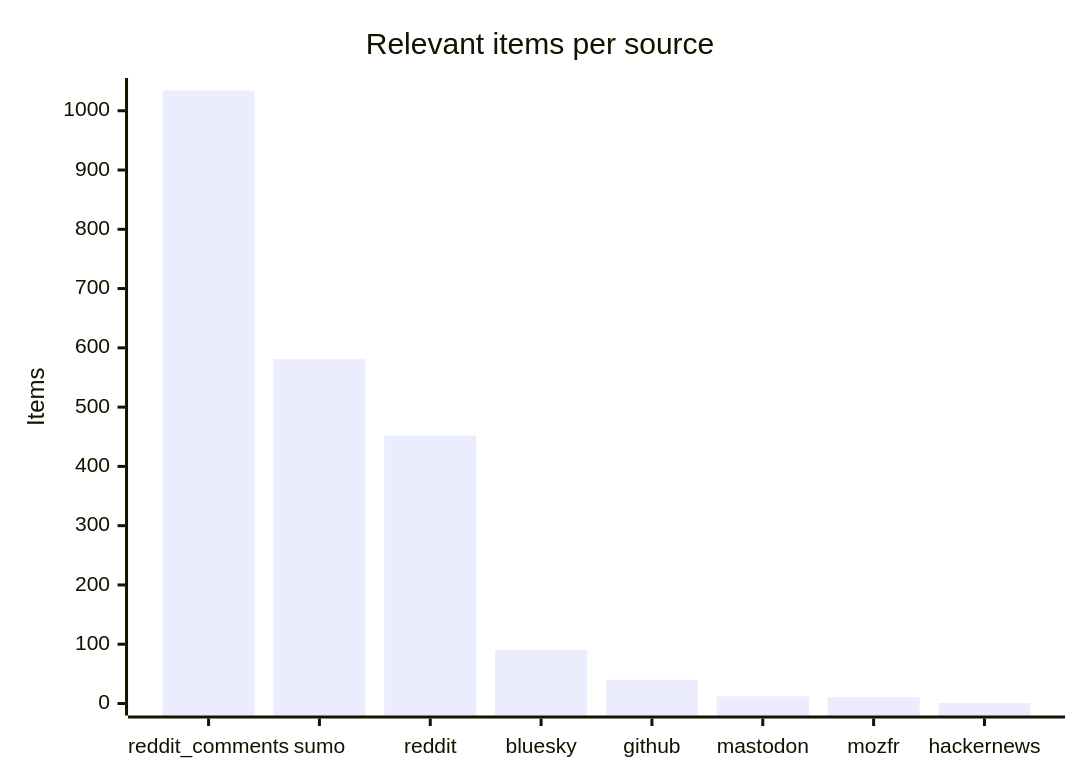
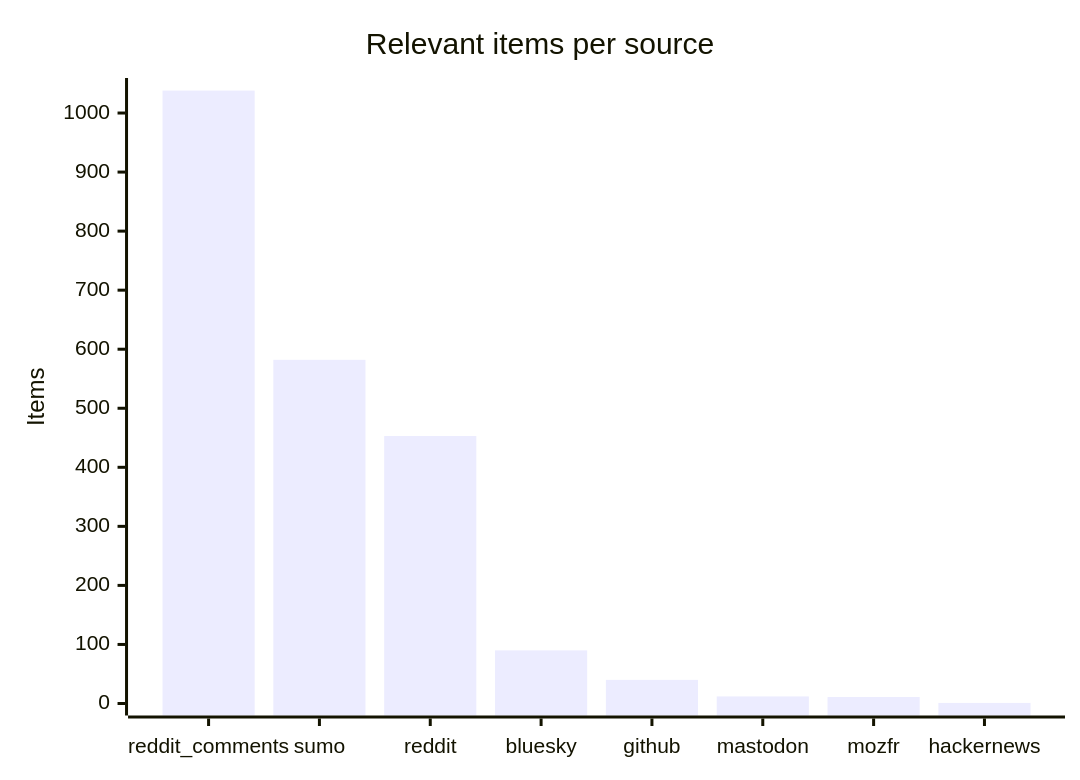
One commit to martinbalfanz/social-scanner-reports changed the third of 4 diagrams in README.md. Above: the diagram before and after it, drawn with Mermaid. The commit also changed other lines of this file and 4 other files, not shown here.

````diff
--- a/README.md
+++ b/README.md
@@ -48,7 +48,7 @@
 ```mermaid
 xychart-beta
     title "Relevant items per source"
     x-axis ["reddit_comments", "sumo", "reddit", "bluesky", "github", "mastodon", "mozfr", "hackernews"]
-    y-axis "Items" 0 --> 1035
-    bar [1034, 581, 452, 90, 40, 12, 11, 1]
+    y-axis "Items" 0 --> 1039
+    bar [1038, 582, 453, 90, 40, 12, 11, 1]
 ```
````
